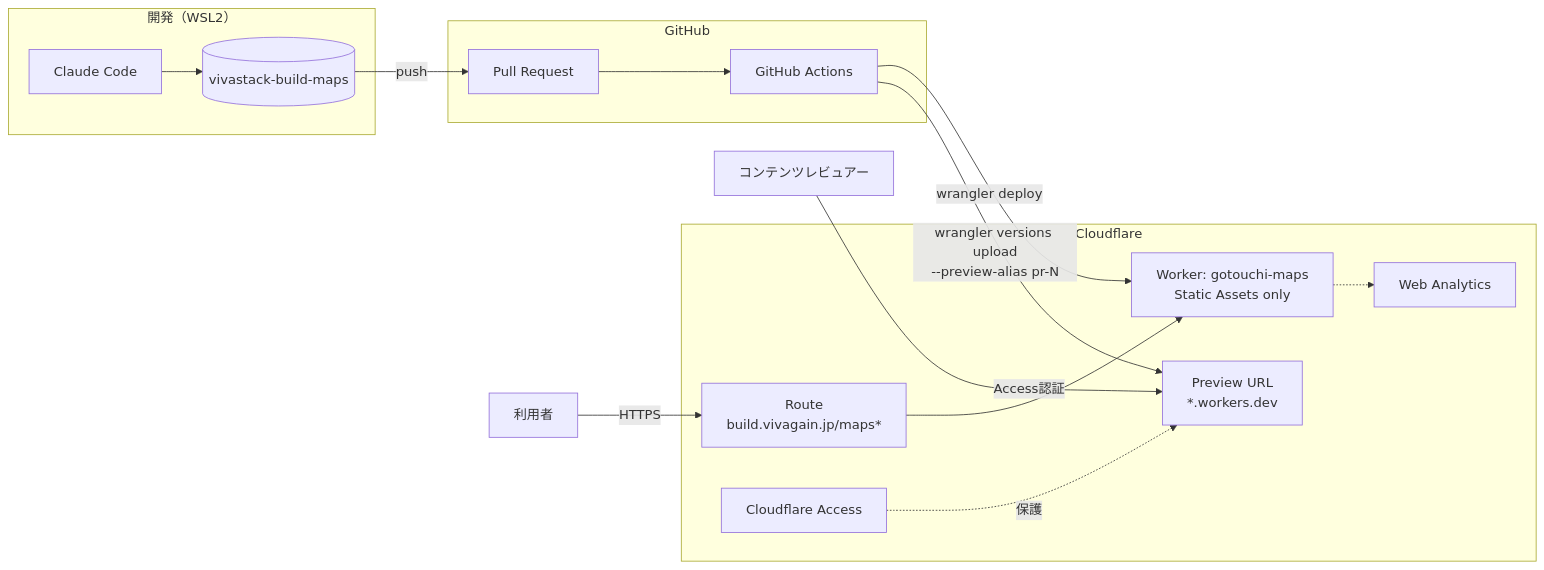
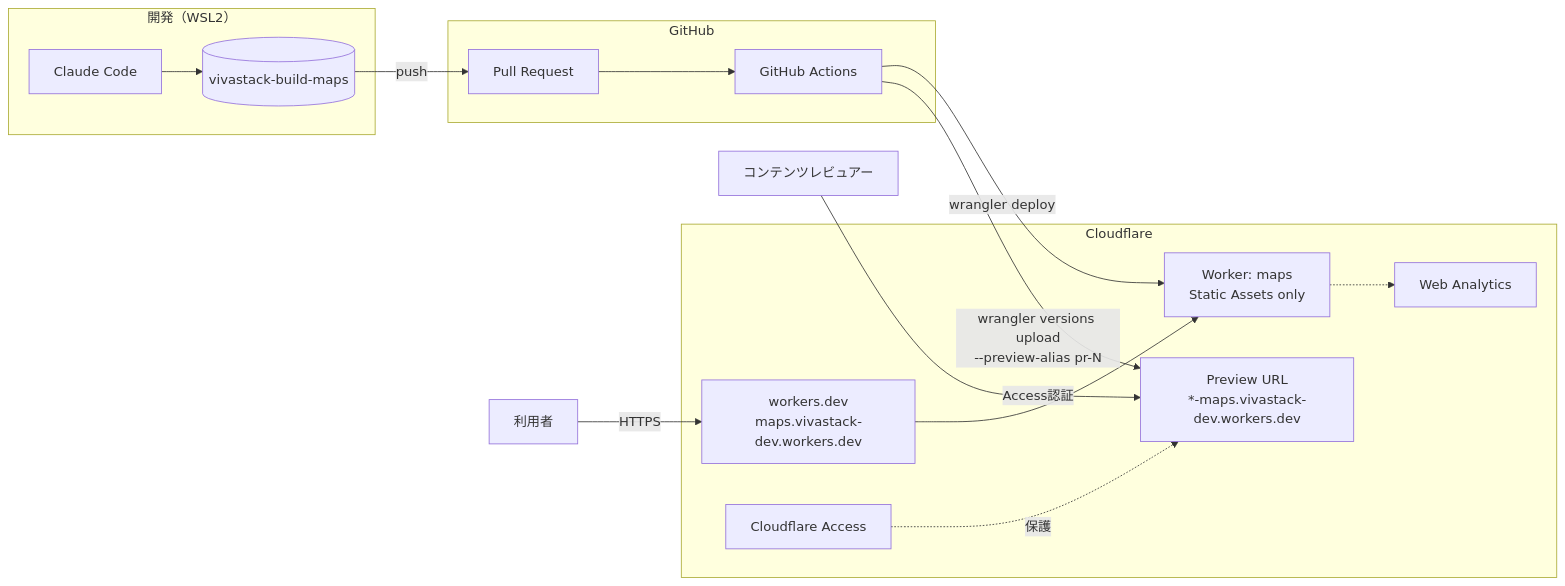
Before and after one commit to vivastack-labs/vivastack-build-maps: the first of 5 diagrams in docs/development-overview.md, drawn with Mermaid. The commit also changed other lines of this file and 20 other files, not shown here.

First line of the commit message:
refactor: workers.dev の専用のドメインで配信し、/maps のプレフィックスをやめる

````diff
--- a/docs/development-overview.md
+++ b/docs/development-overview.md
@@ -369,31 +369,31 @@
 ```mermaid
 flowchart LR
   subgraph Dev["開発（WSL2）"]
     CC[Claude Code]
     REPO[(vivastack-build-maps)]
     CC --> REPO
   end
 
   subgraph GH["GitHub"]
     PR[Pull Request]
     GA[GitHub Actions]
     PR --> GA
   end
 
   subgraph CF["Cloudflare"]
-    W["Worker: gotouchi-maps<br/>Static Assets only"]
-    R["Route<br/>build.vivagain.jp/maps*"]
-    V["Preview URL<br/>*.workers.dev"]
+    W["Worker: maps<br/>Static Assets only"]
+    R["workers.dev<br/>maps.vivastack-dev.workers.dev"]
+    V["Preview URL<br/>*-maps.vivastack-dev.workers.dev"]
     ACC[Cloudflare Access]
     WA[Web Analytics]
     R --> W
     ACC -.保護.-> V
   end
 
   REPO -->|push| PR
   GA -->|"wrangler versions upload<br/>--preview-alias pr-N"| V
   GA -->|wrangler deploy| W
   U[利用者] -->|HTTPS| R
   RV[コンテンツレビュアー] -->|Access認証| V
   W -.-> WA
 ```
````
